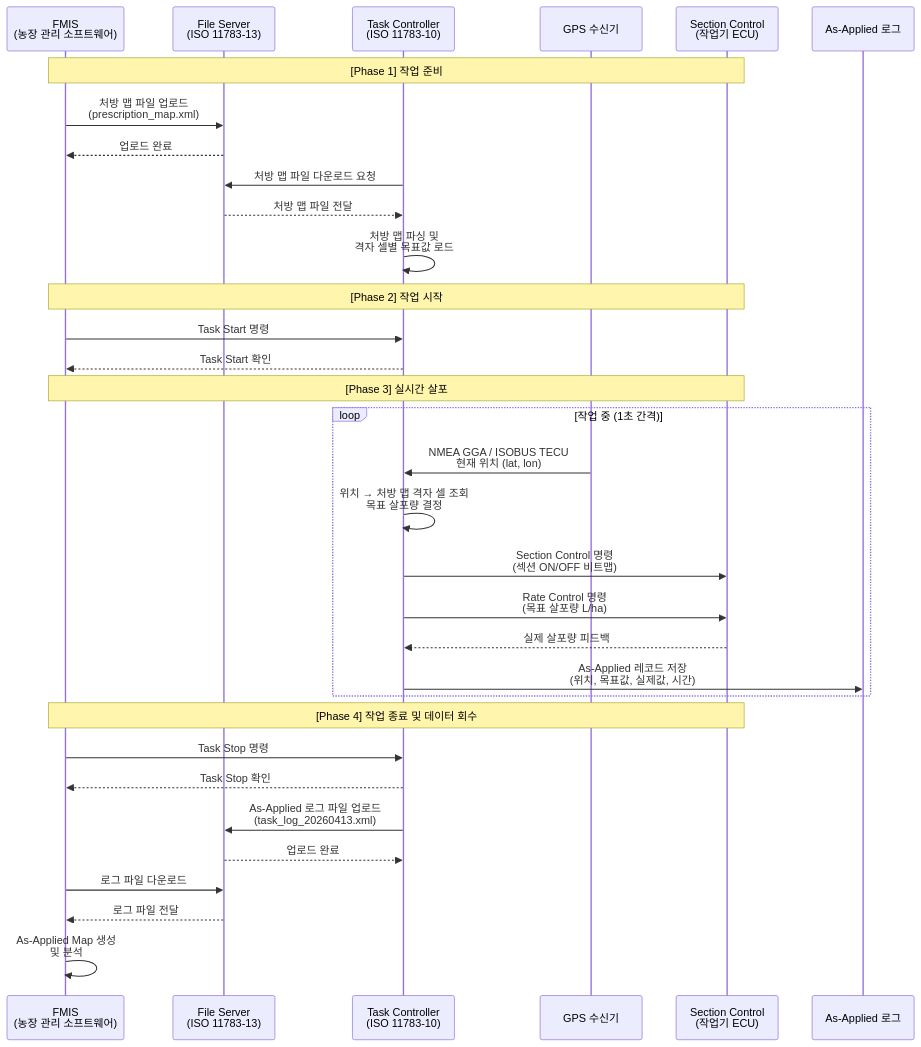
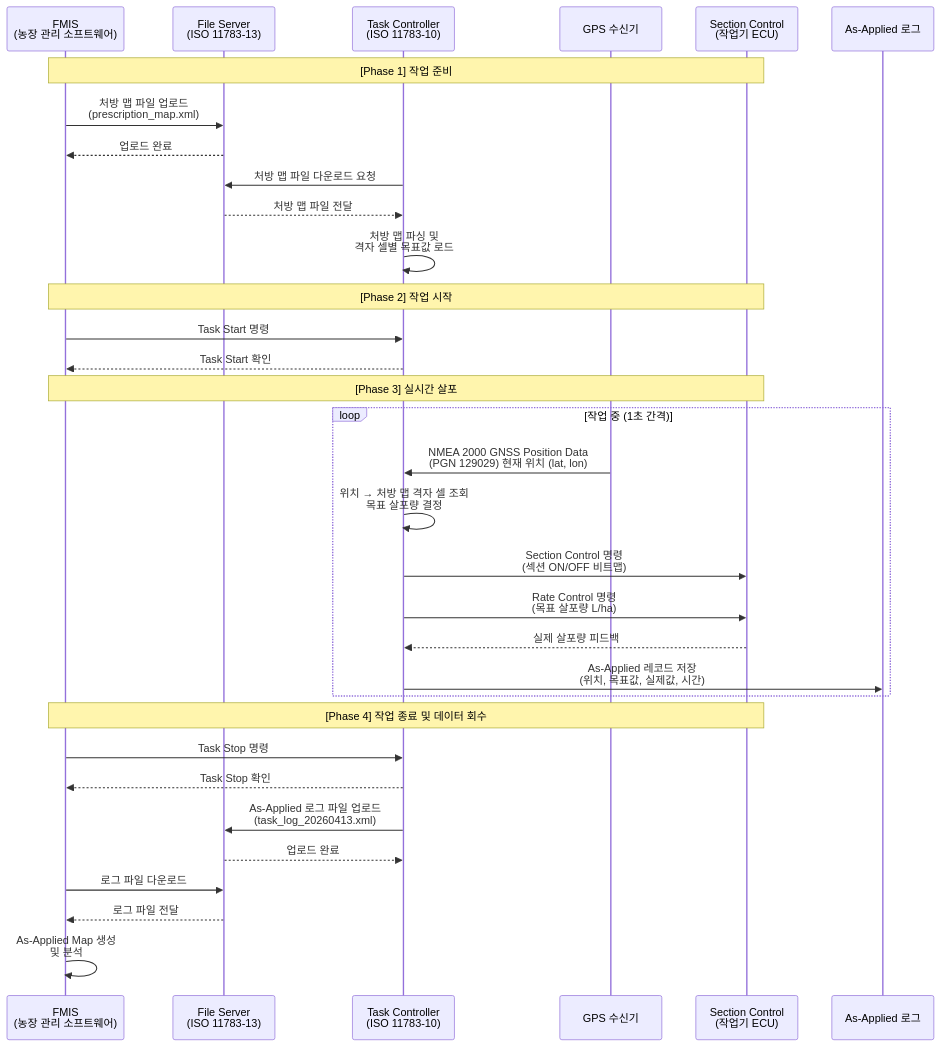
One commit to hobeen-kim/hobeen-kim.github.io changed the second of 2 diagrams in docs/_study/isobus/22-practice.md. Above: the diagram before and after it, drawn with Mermaid. The commit also changed other lines of this file and 18 other files, not shown here.

````diff
--- a/docs/_study/isobus/22-practice.md
+++ b/docs/_study/isobus/22-practice.md
@@ -313,39 +311,39 @@
 ```mermaid
 sequenceDiagram
     participant FMIS as FMIS<br>(농장 관리 소프트웨어)
     participant FS as File Server<br>(ISO 11783-13)
     participant TC as Task Controller<br>(ISO 11783-10)
     participant GPS as GPS 수신기
     participant SC as Section Control<br>(작업기 ECU)
     participant LOG as As-Applied 로그
 
     Note over FMIS,SC: [Phase 1] 작업 준비
     FMIS->>FS: 처방 맵 파일 업로드<br>(prescription_map.xml)
     FS-->>FMIS: 업로드 완료
     TC->>FS: 처방 맵 파일 다운로드 요청
     FS-->>TC: 처방 맵 파일 전달
     TC->>TC: 처방 맵 파싱 및<br>격자 셀별 목표값 로드
 
     Note over FMIS,SC: [Phase 2] 작업 시작
     FMIS->>TC: Task Start 명령
     TC-->>FMIS: Task Start 확인
 
     Note over FMIS,SC: [Phase 3] 실시간 살포
     loop 작업 중 (1초 간격)
-        GPS->>TC: NMEA GGA / ISOBUS TECU<br>현재 위치 (lat, lon)
+        GPS->>TC: NMEA 2000 GNSS Position Data<br>(PGN 129029) 현재 위치 (lat, lon)
         TC->>TC: 위치 → 처방 맵 격자 셀 조회<br>목표 살포량 결정
         TC->>SC: Section Control 명령<br>(섹션 ON/OFF 비트맵)
         TC->>SC: Rate Control 명령<br>(목표 살포량 L/ha)
         SC-->>TC: 실제 살포량 피드백
         TC->>LOG: As-Applied 레코드 저장<br>(위치, 목표값, 실제값, 시간)
     end
 
     Note over FMIS,SC: [Phase 4] 작업 종료 및 데이터 회수
     FMIS->>TC: Task Stop 명령
     TC-->>FMIS: Task Stop 확인
     TC->>FS: As-Applied 로그 파일 업로드<br>(task_log_20260413.xml)
     FS-->>TC: 업로드 완료
     FMIS->>FS: 로그 파일 다운로드
     FS-->>FMIS: 로그 파일 전달
     FMIS->>FMIS: As-Applied Map 생성<br>및 분석
 ```
````
